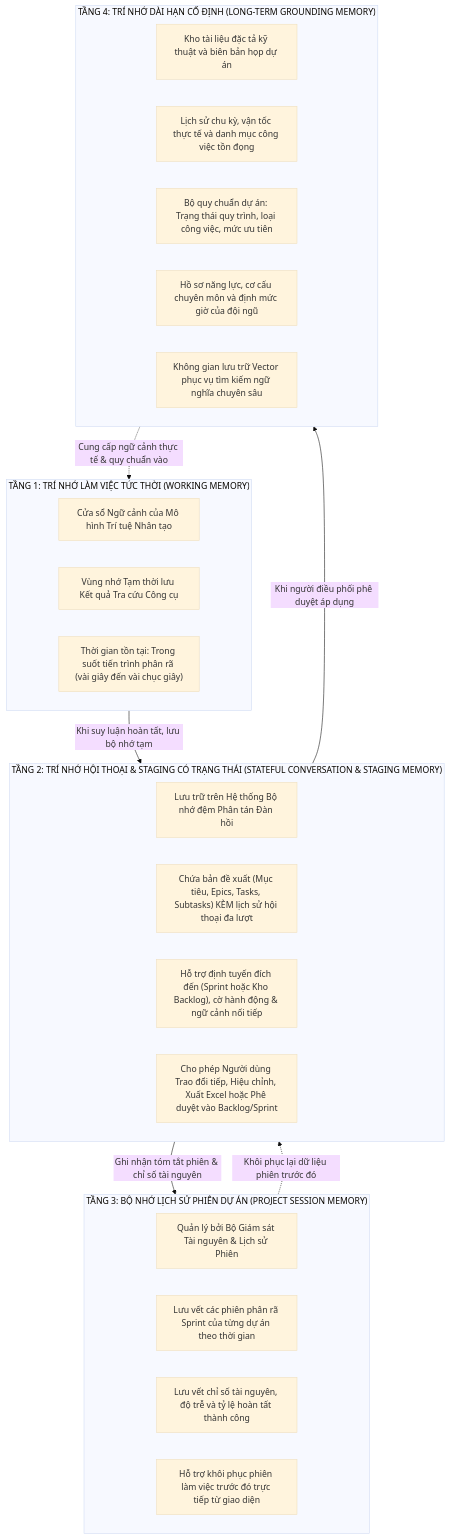
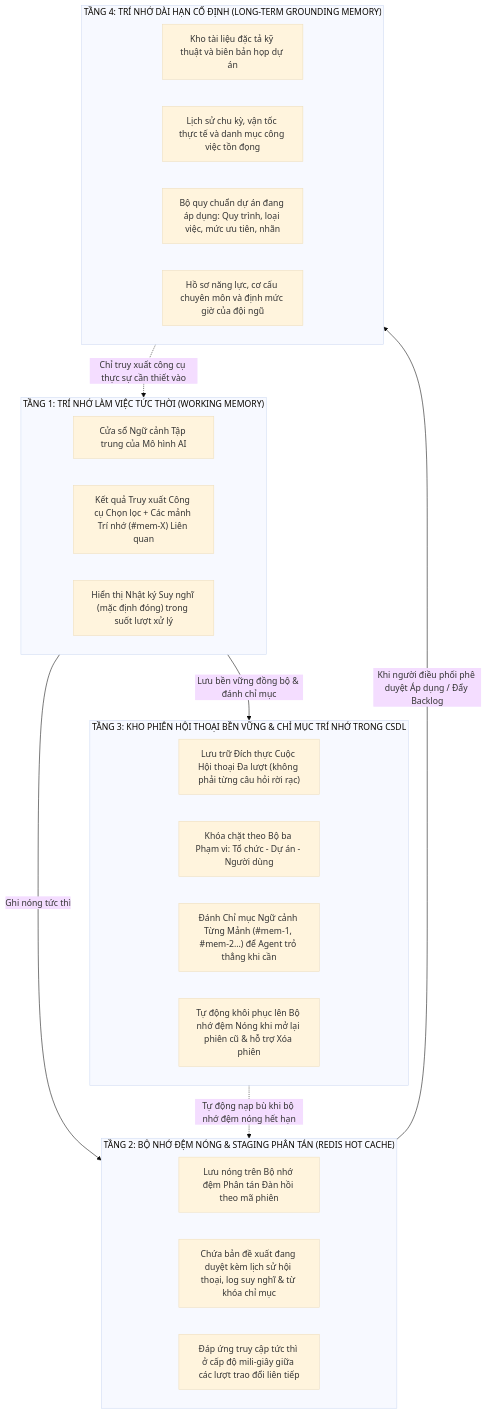
Before and after one commit to TranHoang2k40525/ProjectMgmt: the first of 2 diagrams in docs/ai/03-co-che-tri-nho-redis-memory.md, drawn with Mermaid (base theme). The commit also changed other lines of this file and 31 other files, not shown here.

Commit message:
feat(tro-ly-ai): hoàn thiện khối suy nghĩ mặc định đóng, định tuyến công cụ chọn lọc, lưu phiên hội thoại bền vững theo tổ chức-dự án-người dùng, chỉ mục trí nhớ và đồng bộ tài liệu

````diff
--- a/docs/ai/03-co-che-tri-nho-redis-memory.md
+++ b/docs/ai/03-co-che-tri-nho-redis-memory.md
@@ -10,36 +10,34 @@
 ```mermaid
 flowchart TD
     subgraph T1["TẦNG 1: TRÍ NHỚ LÀM VIỆC TỨC THỜI (WORKING MEMORY)"]
-        WM1["Cửa sổ Ngữ cảnh của Mô hình Trí tuệ Nhân tạo"]
-        WM2["Vùng nhớ Tạm thời lưu Kết quả Tra cứu Công cụ"]
-        WM3["Thời gian tồn tại: Trong suốt tiến trình phân rã (vài giây đến vài chục giây)"]
+        WM1["Cửa sổ Ngữ cảnh Tập trung của Mô hình AI"]
+        WM2["Kết quả Truy xuất Công cụ Chọn lọc + Các mảnh Trí nhớ (#mem-X) Liên quan"]
+        WM3["Hiển thị Nhật ký Suy nghĩ (mặc định đóng) trong suốt lượt xử lý"]
     end
 
-    subgraph T2["TẦNG 2: TRÍ NHỚ HỘI THOẠI & STAGING CÓ TRẠNG THÁI (STATEFUL CONVERSATION & STAGING MEMORY)"]
-        SM1["Lưu trữ trên Hệ thống Bộ nhớ đệm Phân tán Đàn hồi"]
-        SM2["Chứa bản đề xuất (Mục tiêu, Epics, Tasks, Subtasks) KÈM lịch sử hội thoại đa lượt"]
-        SM3["Hỗ trợ định tuyến đích đến (Sprint hoặc Kho Backlog), cờ hành động & ngữ cảnh nối tiếp"]
-        SM4["Cho phép Người dùng Trao đổi tiếp, Hiệu chỉnh, Xuất Excel hoặc Phê duyệt vào Backlog/Sprint"]
+    subgraph T2["TẦNG 2: BỘ NHỚ ĐỆM NÓNG & STAGING PHÂN TÁN (REDIS HOT CACHE)"]
+        SM1["Lưu nóng trên Bộ nhớ đệm Phân tán Đàn hồi theo mã phiên"]
+        SM2["Chứa bản đề xuất đang duyệt kèm lịch sử hội thoại, log suy nghĩ & từ khóa chỉ mục"]
+        SM3["Đáp ứng truy cập tức thì ở cấp độ mili-giây giữa các lượt trao đổi liên tiếp"]
     end
 
-    subgraph T3["TẦNG 3: BỘ NHỚ LỊCH SỬ PHIÊN DỰ ÁN (PROJECT SESSION MEMORY)"]
-        PM1["Quản lý bởi Bộ Giám sát Tài nguyên & Lịch sử Phiên"]
-        PM2["Lưu vết các phiên phân rã Sprint của từng dự án theo thời gian"]
-        PM3["Lưu vết chỉ số tài nguyên, độ trễ và tỷ lệ hoàn tất thành công"]
-        PM4["Hỗ trợ khôi phục phiên làm việc trước đó trực tiếp từ giao diện"]
+    subgraph T3["TẦNG 3: KHO PHIÊN HỘI THOẠI BỀN VỮNG & CHỈ MỤC TRÍ NHỚ TRONG CSDL"]
+        PM1["Lưu trữ Đích thực Cuộc Hội thoại Đa lượt (không phải từng câu hỏi rời rạc)"]
+        PM2["Khóa chặt theo Bộ ba Phạm vi: Tổ chức - Dự án - Người dùng"]
+        PM3["Đánh Chỉ mục Ngữ cảnh Từng Mảnh (#mem-1, #mem-2...) để Agent trỏ thẳng khi cần"]
+        PM4["Tự động khôi phục lên Bộ nhớ đệm Nóng khi mở lại phiên cũ & hỗ trợ Xóa phiên"]
     end
 
     subgraph T4["TẦNG 4: TRÍ NHỚ DÀI HẠN CỐ ĐỊNH (LONG-TERM GROUNDING MEMORY)"]
         LM1["Kho tài liệu đặc tả kỹ thuật và biên bản họp dự án"]
         LM2["Lịch sử chu kỳ, vận tốc thực tế và danh mục công việc tồn đọng"]
-        LM3["Bộ quy chuẩn dự án: Trạng thái quy trình, loại công việc, mức ưu tiên"]
+        LM3["Bộ quy chuẩn dự án đang áp dụng: Quy trình, loại việc, mức ưu tiên, nhãn"]
         LM4["Hồ sơ năng lực, cơ cấu chuyên môn và định mức giờ của đội ngũ"]
-        LM5["Không gian lưu trữ Vector phục vụ tìm kiếm ngữ nghĩa chuyên sâu"]
     end
 
-    T1 -->|Khi suy luận hoàn tất, lưu bộ nhớ tạm| T2
-    T2 -->|Ghi nhận tóm tắt phiên & chỉ số tài nguyên| T3
-    T2 -->|Khi người điều phối phê duyệt áp dụng| T4
-    T3 -.->|Khôi phục lại dữ liệu phiên trước đó| T2
-    T4 -.->|Cung cấp ngữ cảnh thực tế & quy chuẩn vào| T1
+    T1 -->|Ghi nóng tức thì| T2
+    T1 -->|Lưu bền vững đồng bộ & đánh chỉ mục| T3
+    T3 -.->|Tự động nạp bù khi bộ nhớ đệm nóng hết hạn| T2
+    T2 -->|Khi người điều phối phê duyệt Áp dụng / Đẩy Backlog| T4
+    T4 -.->|Chỉ truy xuất công cụ thực sự cần thiết vào| T1
 ```
````
